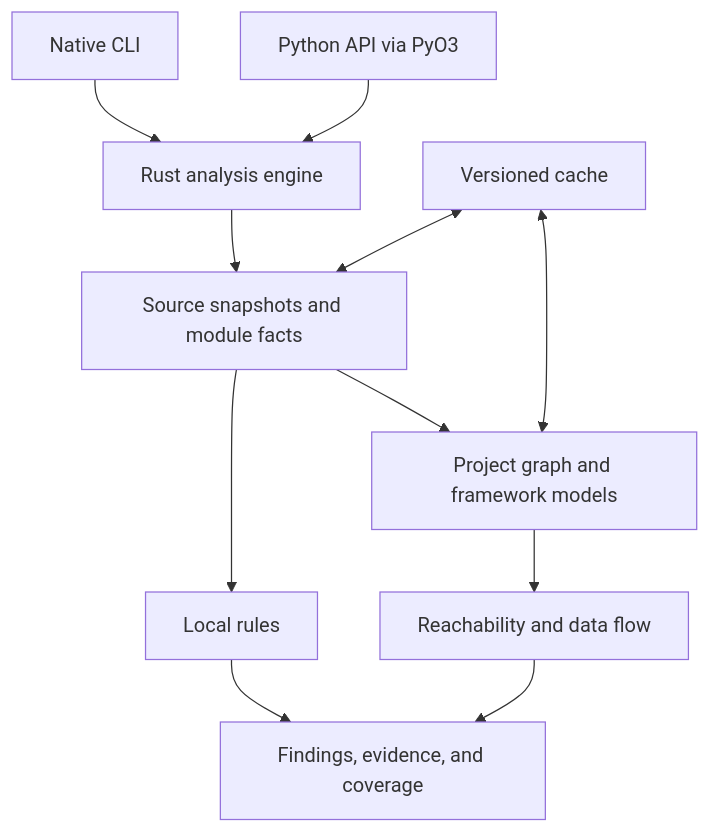
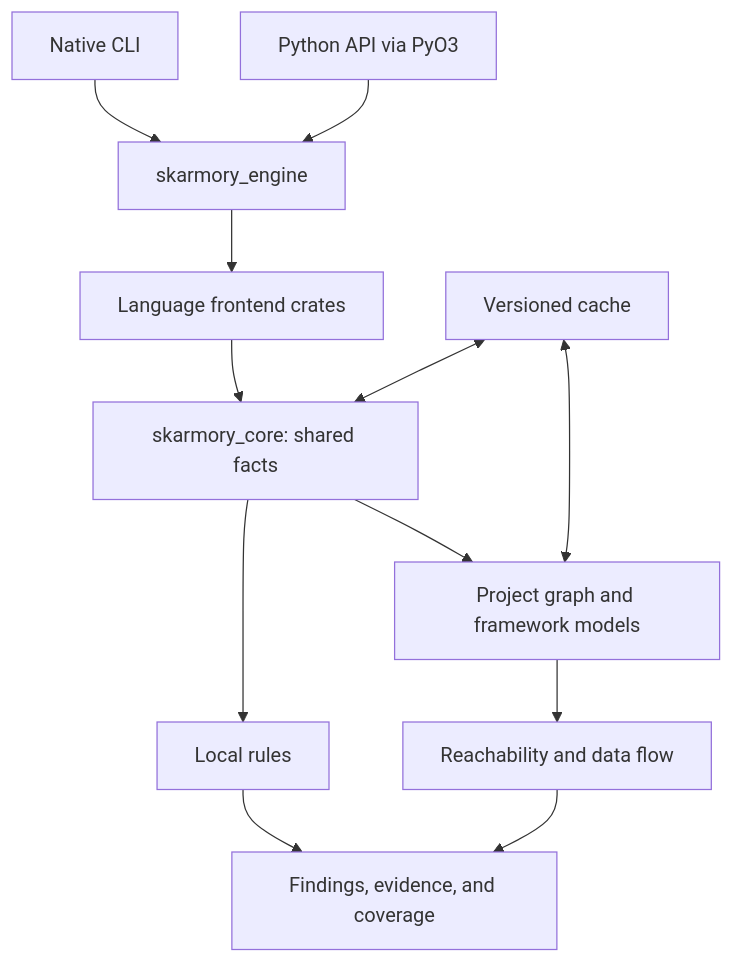
The diagram in docs/architecture.md (eddiethedean/skarmory), drawn with Mermaid before and after one commit. The commit also changed other lines of this file and 7 other files, not shown here.

First line of the commit message:
Make Phase 0.3 Python-only and plan dedicated language frontend releases (#141)

````diff
--- a/docs/architecture.md
+++ b/docs/architecture.md
@@ -43,13 +43,14 @@
 ```mermaid
 flowchart TD
-    CLI["Native CLI"] --> Engine["Rust analysis engine"]
+    CLI["Native CLI"] --> Engine["skarmory_engine"]
     SDK["Python API via PyO3"] --> Engine
-    Engine --> Facts["Source snapshots and module facts"]
+    Engine --> Frontends["Language frontend crates"]
+    Frontends --> Facts["skarmory_core: shared facts"]
     Facts --> Local["Local rules"]
     Facts --> Graph["Project graph and framework models"]
     Graph --> Analysis["Reachability and data flow"]
     Cache["Versioned cache"] <--> Facts
     Cache <--> Graph
     Local --> Report["Findings, evidence, and coverage"]
     Analysis --> Report
 ```
````
